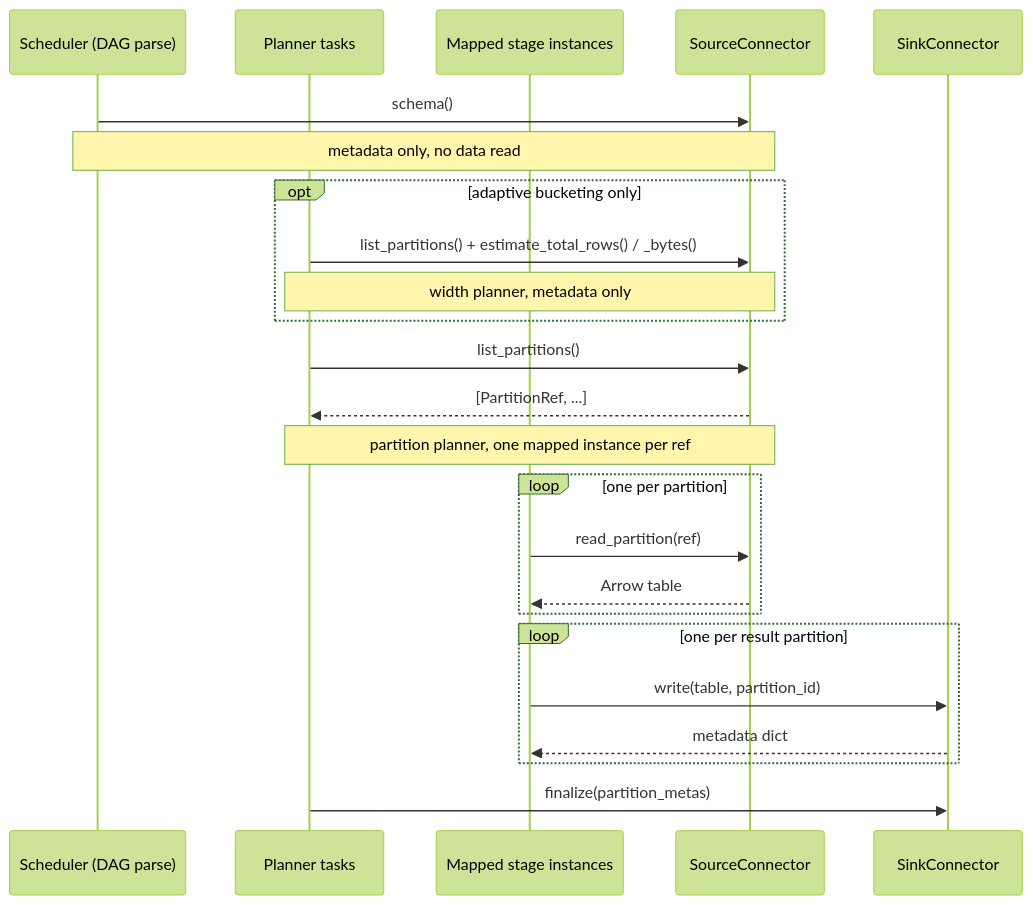
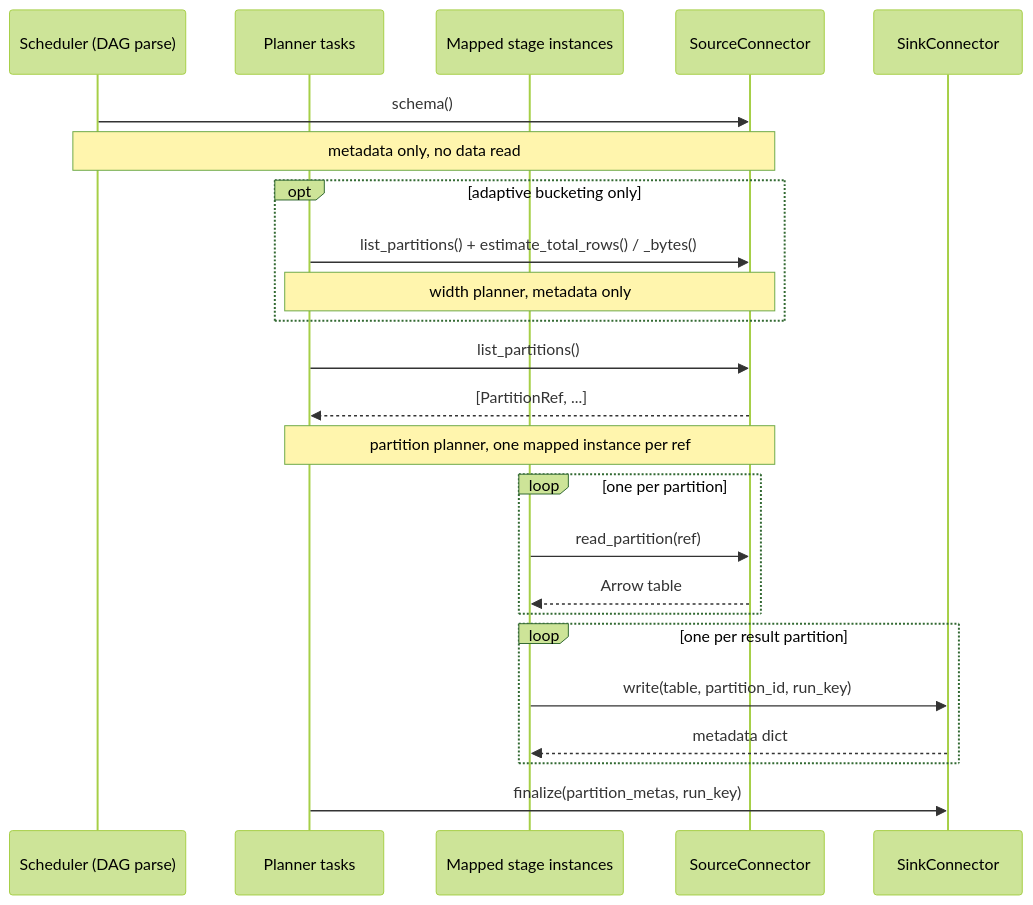
Before and after one commit to hussein-awala/sql-as-dag: the diagram in docs/connectors.md, drawn with Mermaid (forest theme). The commit also changed other lines of this file and 14 other files, not shown here.

````diff
--- a/docs/connectors.md
+++ b/docs/connectors.md
@@ -34,27 +34,27 @@
 ```mermaid
 sequenceDiagram
     participant Sched as Scheduler (DAG parse)
     participant Planner as Planner tasks
     participant Mapped as Mapped stage instances
     participant Src as SourceConnector
     participant Snk as SinkConnector
 
     Sched->>Src: schema()
     Note over Sched,Src: metadata only, no data read
     opt adaptive bucketing only
         Planner->>Src: list_partitions() + estimate_total_rows() / _bytes()
         Note over Planner,Src: width planner, metadata only
     end
     Planner->>Src: list_partitions()
     Src-->>Planner: [PartitionRef, ...]
     Note over Planner,Src: partition planner, one mapped instance per ref
     loop one per partition
         Mapped->>Src: read_partition(ref)
         Src-->>Mapped: Arrow table
     end
     loop one per result partition
-        Mapped->>Snk: write(table, partition_id)
+        Mapped->>Snk: write(table, partition_id, run_key)
         Snk-->>Mapped: metadata dict
     end
-    Planner->>Snk: finalize(partition_metas)
+    Planner->>Snk: finalize(partition_metas, run_key)
 ```
````
